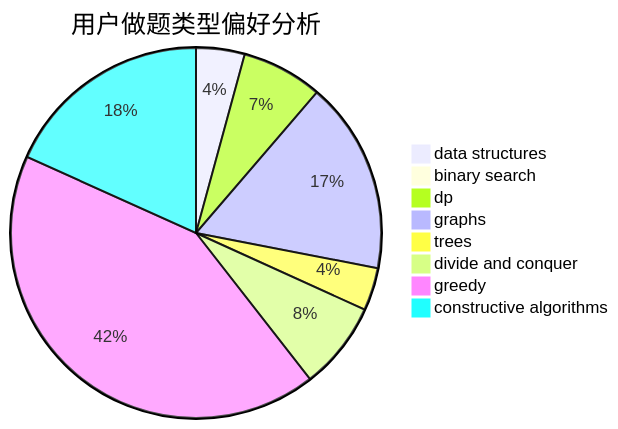
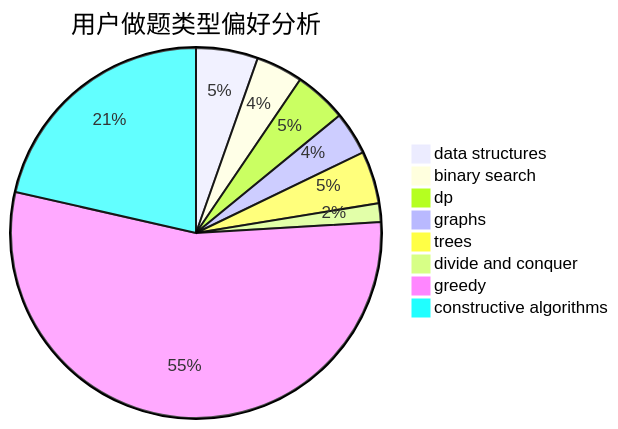
One commit to sherpahu/cfrs.github.io changed the second of 3 diagrams in docs/user/u2561.md. Above: the diagram before and after it, drawn with Mermaid. The commit also changed other lines of this file and 2770 other files, not shown here.

````diff
--- a/docs/user/u2561.md
+++ b/docs/user/u2561.md
@@ -23,11 +23,11 @@
 ```mermaid
 pie title 用户做题类型偏好分析
-    "data structures" :  42
-    "binary search" :  3
-    "dp" :  70
-    "graphs" :  166
-    "trees" :  37
-    "divide and conquer" :  76
-    "greedy" :  419
-    "constructive algorithms" :  181
+    "data structures" :  33
+    "binary search" :  25
+    "dp" :  28
+    "graphs" :  23
+    "trees" :  28
+    "divide and conquer" :  10
+    "greedy" :  333
+    "constructive algorithms" :  131
 ```
````
